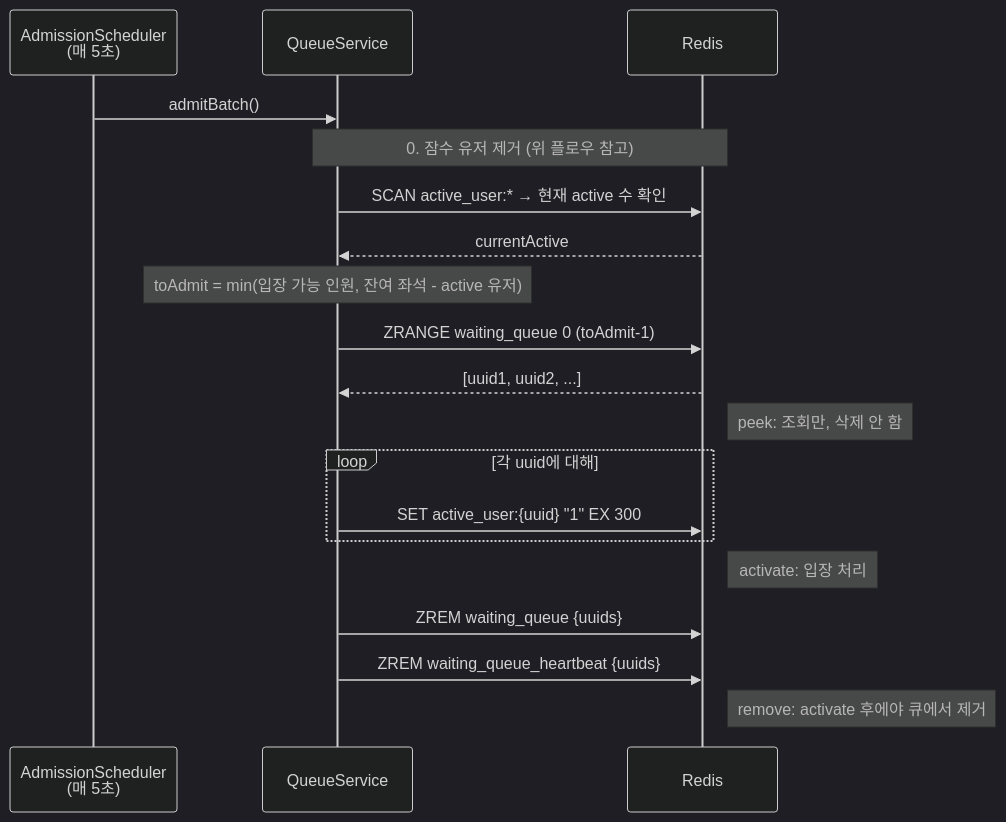
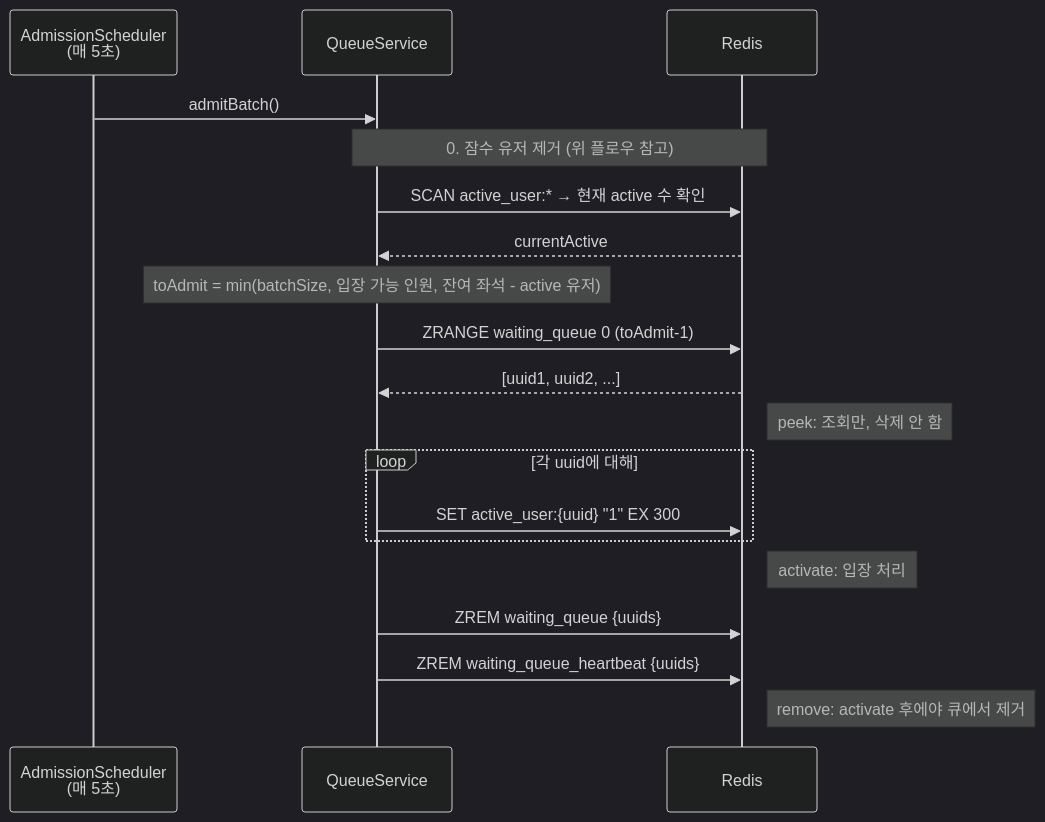
One commit to irnd04/zticket changed the fourth of 7 diagrams in README.md. Above: the diagram before and after it, drawn with Mermaid (dark theme). The commit also changed other lines of this file and 3 other files, not shown here.

First line of the commit message:
feat: admitBatch에 batchSize(100) 상한 적용

````diff
--- a/README.md
+++ b/README.md
@@ -128,28 +128,28 @@
 ```mermaid
 sequenceDiagram
     participant S as AdmissionScheduler<br/>(매 5초)
     participant Q as QueueService
     participant R as Redis
 
     S->>Q: admitBatch()
 
     Note over Q,R: 0. 잠수 유저 제거 (위 플로우 참고)
 
     Q->>R: SCAN active_user:* → 현재 active 수 확인
     R-->>Q: currentActive
 
-    Note over Q: toAdmit = min(입장 가능 인원, 잔여 좌석 - active 유저)
+    Note over Q: toAdmit = min(batchSize, 입장 가능 인원, 잔여 좌석 - active 유저)
 
     Q->>R: ZRANGE waiting_queue 0 (toAdmit-1)
     R-->>Q: [uuid1, uuid2, ...]
     Note right of R: peek: 조회만, 삭제 안 함
 
     loop 각 uuid에 대해
         Q->>R: SET active_user:{uuid} "1" EX 300
     end
     Note right of R: activate: 입장 처리
 
     Q->>R: ZREM waiting_queue {uuids}
     Q->>R: ZREM waiting_queue_heartbeat {uuids}
     Note right of R: remove: activate 후에야 큐에서 제거
 ```
````
